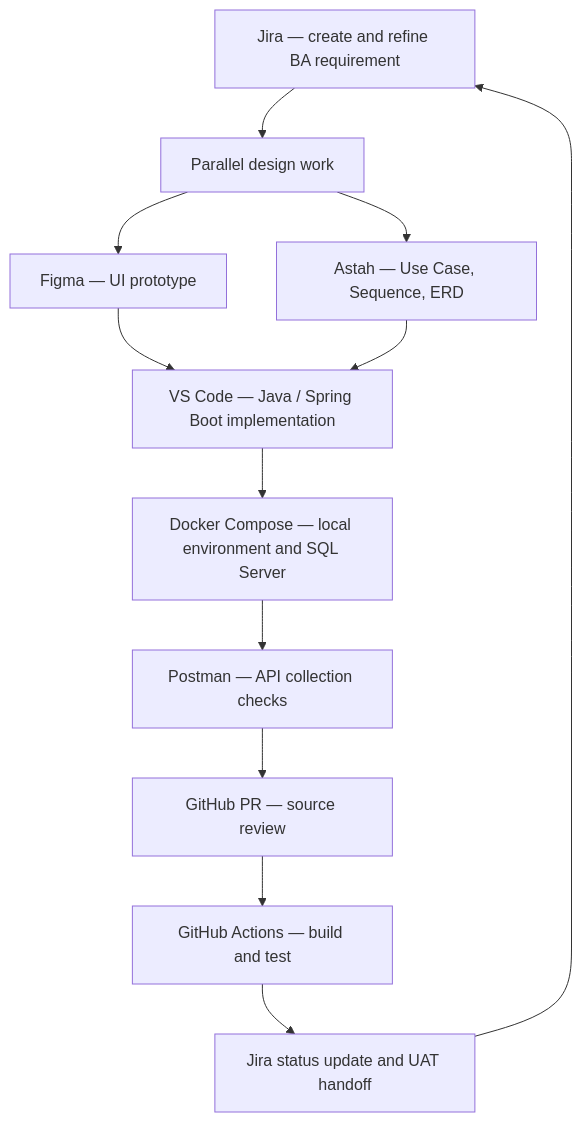
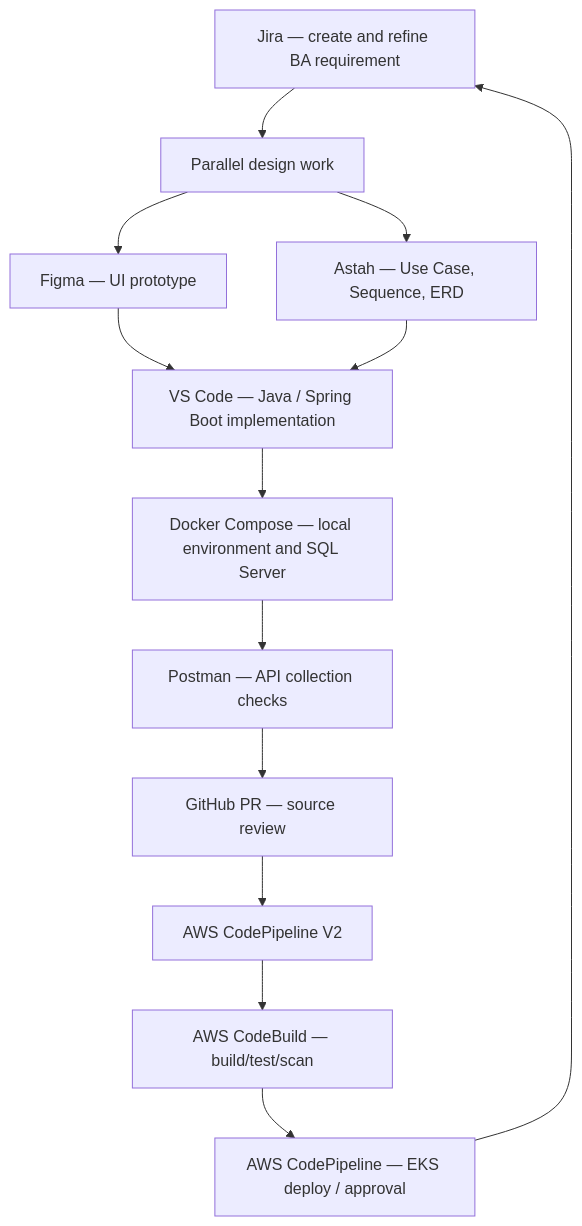
The diagram in business-analysis/06_System_Design_And_Tools_(Architecture_And_Tools)/05_Technology_Stack_And_Development_Tools.md (toanteng11/concert-ticketing-docs), drawn with Mermaid before and after one commit. The commit also changed other lines of this file and 43 other files, not shown here.

````diff
--- a/business-analysis/06_System_Design_And_Tools_(Architecture_And_Tools)/05_Technology_Stack_And_Development_Tools.md
+++ b/business-analysis/06_System_Design_And_Tools_(Architecture_And_Tools)/05_Technology_Stack_And_Development_Tools.md
@@ -133,19 +135,20 @@
 ```mermaid
 flowchart TD
   jira1["Jira — create and refine BA requirement"]
   design["Parallel design work"]
   figma["Figma — UI prototype"]
   astah["Astah — Use Case, Sequence, ERD"]
   code["VS Code — Java / Spring Boot implementation"]
   local["Docker Compose — local environment and SQL Server"]
   api["Postman — API collection checks"]
   github["GitHub PR — source review"]
-  actions["GitHub Actions — build and test"]
-  uat["Jira status update and UAT handoff"]
+  pipeline["AWS CodePipeline V2"]
+  actions["AWS CodeBuild — build/test/scan"]
+  uat["AWS CodePipeline — EKS deploy / approval"]
   jira1 --> design
   design --> figma
   design --> astah
   figma --> code
   astah --> code
-  code --> local --> api --> github --> actions --> uat --> jira1
+  code --> local --> api --> github --> pipeline --> actions --> uat --> jira1
 ```
````
